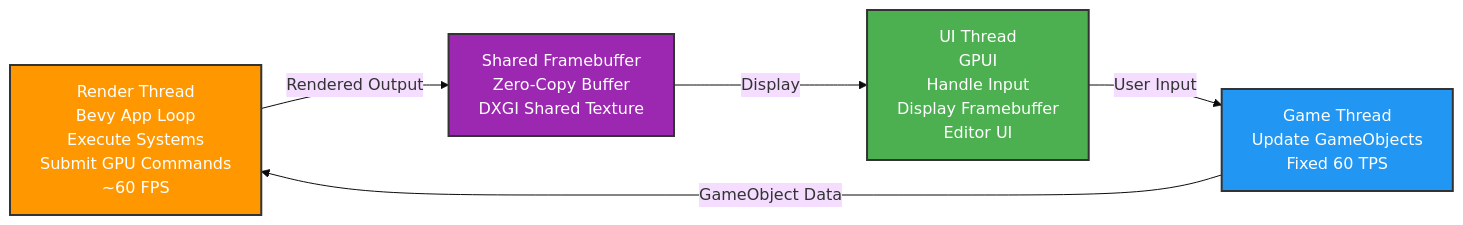
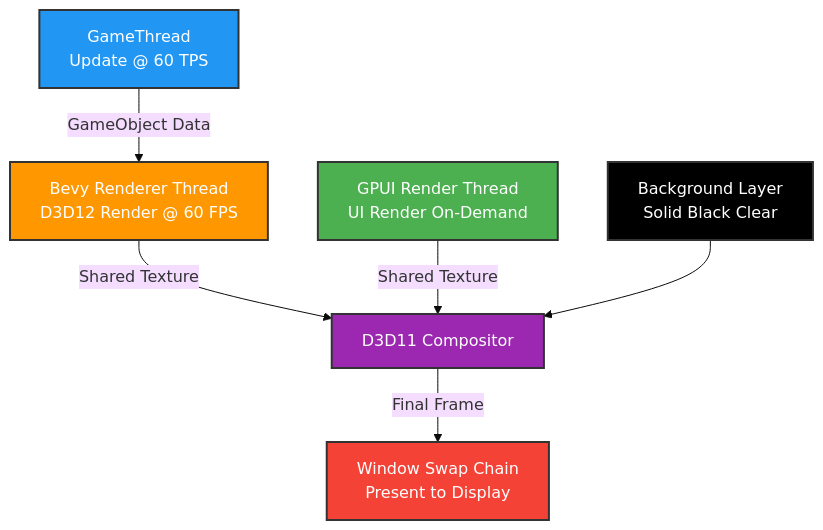
One commit to Far-Beyond-Pulsar/docs changed the first of 3 diagrams in public/docs/core-concepts/rendering-pipeline.md. Above: the diagram before and after it, drawn with Mermaid (base theme). The commit also changed other lines of this file and 2 other files, not shown here.

````diff
--- a/public/docs/core-concepts/rendering-pipeline.md
+++ b/public/docs/core-concepts/rendering-pipeline.md
@@ -191,17 +36,16 @@
 ```mermaid
-graph LR
-    A[Render Thread<br/>Bevy App Loop<br/>Execute Systems<br/>Submit GPU Commands<br/>~60 FPS]
-    B[UI Thread<br/>GPUI<br/>Handle Input<br/>Display Framebuffer<br/>Editor UI]
-    C[Game Thread<br/>Update GameObjects<br/>Fixed 60 TPS]
-    D[Shared Framebuffer<br/>Zero-Copy Buffer<br/>DXGI Shared Texture]
+graph TD
+    A[Bevy Renderer Thread<br/>D3D12 Render @ 60 FPS] -->|Shared Texture| E[D3D11 Compositor]
+    B[GPUI Render Thread<br/>UI Render On-Demand] -->|Shared Texture| E
+    C[Background Layer<br/>Solid Black Clear] --> E
+    D[GameThread<br/>Update @ 60 TPS] -->|GameObject Data| A
 
-    C -->|GameObject Data| A
-    A -->|Rendered Output| D
-    D -->|Display| B
-    B -->|User Input| C
+    E -->|Final Frame| F[Window Swap Chain<br/>Present to Display]
 
     style A fill:#FF9800,stroke:#333,stroke-width:2px,color:#fff
     style B fill:#4CAF50,stroke:#333,stroke-width:2px,color:#fff
-    style C fill:#2196F3,stroke:#333,stroke-width:2px,color:#fff
-    style D fill:#9C27B0,stroke:#333,stroke-width:2px,color:#fff
+    style C fill:#000,stroke:#333,stroke-width:2px,color:#fff
+    style D fill:#2196F3,stroke:#333,stroke-width:2px,color:#fff
+    style E fill:#9C27B0,stroke:#333,stroke-width:2px,color:#fff
+    style F fill:#F44336,stroke:#333,stroke-width:2px,color:#fff
 ```
````
